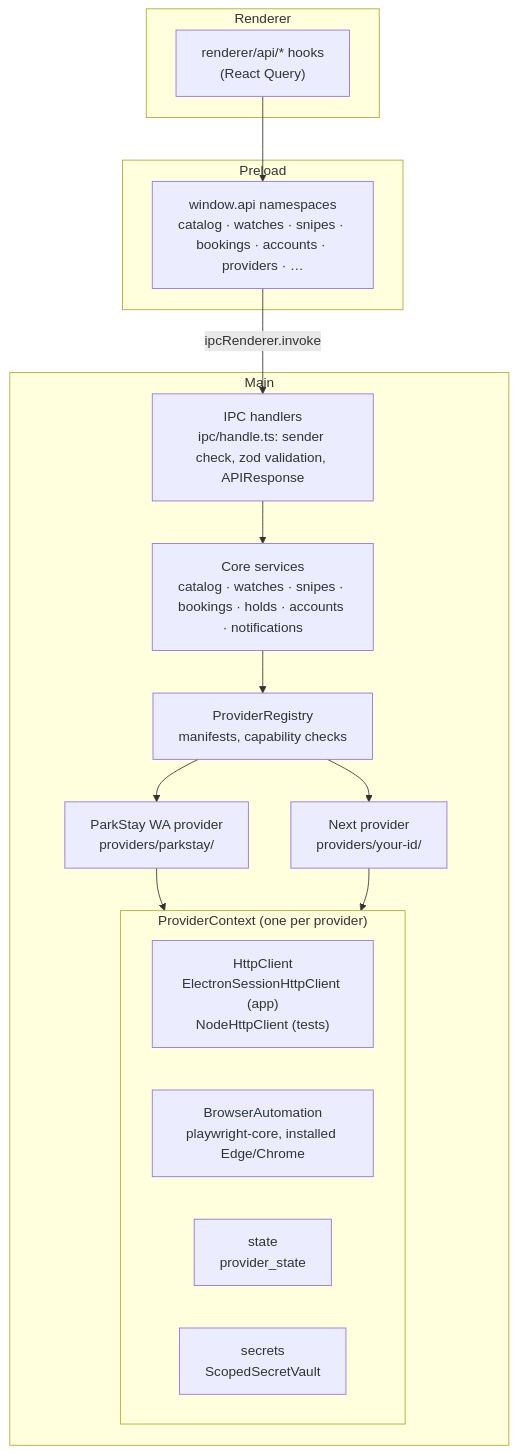
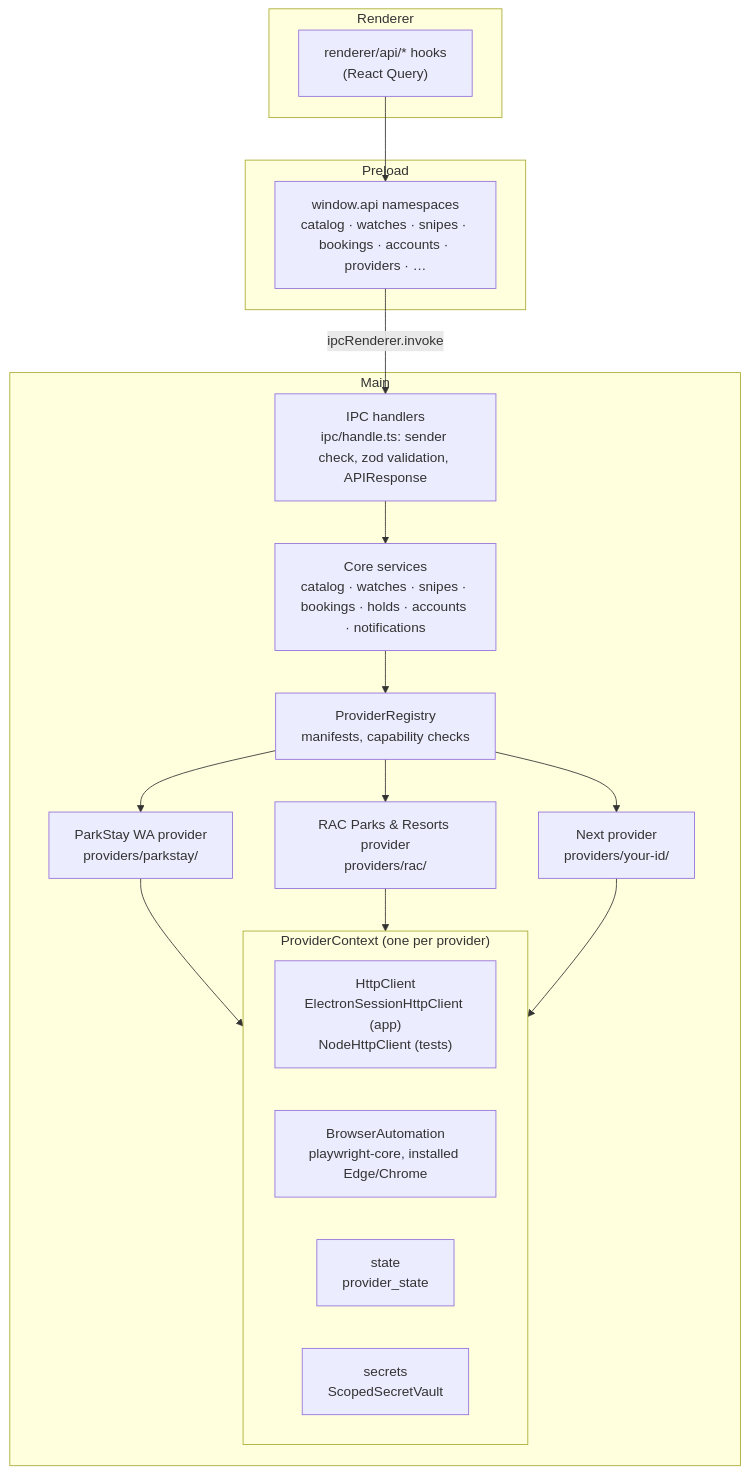
One commit to wilsonwaters/wa-stay changed the diagram in docs/architecture/overview.md. Above: the diagram before and after it, drawn with Mermaid. The commit also changed other lines of this file and 12 other files, not shown here.

````diff
--- a/docs/architecture/overview.md
+++ b/docs/architecture/overview.md
@@ -91,30 +91,33 @@
 ```mermaid
 flowchart TD
   subgraph Renderer
     hooks["renderer/api/* hooks<br/>(React Query)"]
   end
   subgraph Preload
     api["window.api namespaces<br/>catalog · watches · snipes · bookings · accounts · providers · …"]
   end
   subgraph Main
     ipc["IPC handlers<br/>ipc/handle.ts: sender check, zod validation, APIResponse"]
     core["Core services<br/>catalog · watches · snipes · bookings · holds · accounts · notifications"]
     registry["ProviderRegistry<br/>manifests, capability checks"]
     parkstay["ParkStay WA provider<br/>providers/parkstay/"]
+    rac["RAC Parks & Resorts provider<br/>providers/rac/"]
     next["Next provider<br/>providers/your-id/"]
     subgraph ctx["ProviderContext (one per provider)"]
       http["HttpClient<br/>ElectronSessionHttpClient (app)<br/>NodeHttpClient (tests)"]
       browser["BrowserAutomation<br/>playwright-core, installed Edge/Chrome"]
       store["state<br/>provider_state"]
       secrets["secrets<br/>ScopedSecretVault"]
     end
   end
   hooks --> api
   api -->|ipcRenderer.invoke| ipc
   ipc --> core
   core --> registry
   registry --> parkstay
+  registry --> rac
   registry --> next
   parkstay --> ctx
+  rac --> ctx
   next --> ctx
 ```
````
